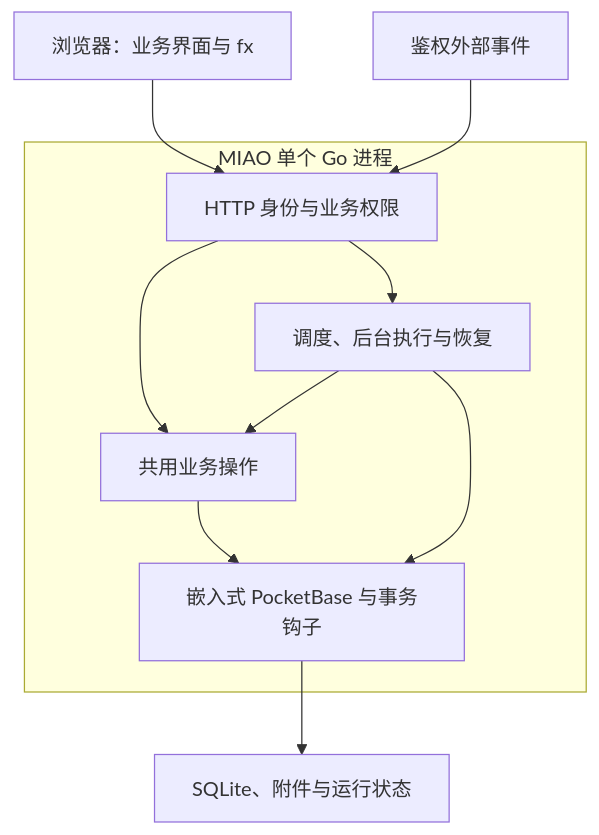
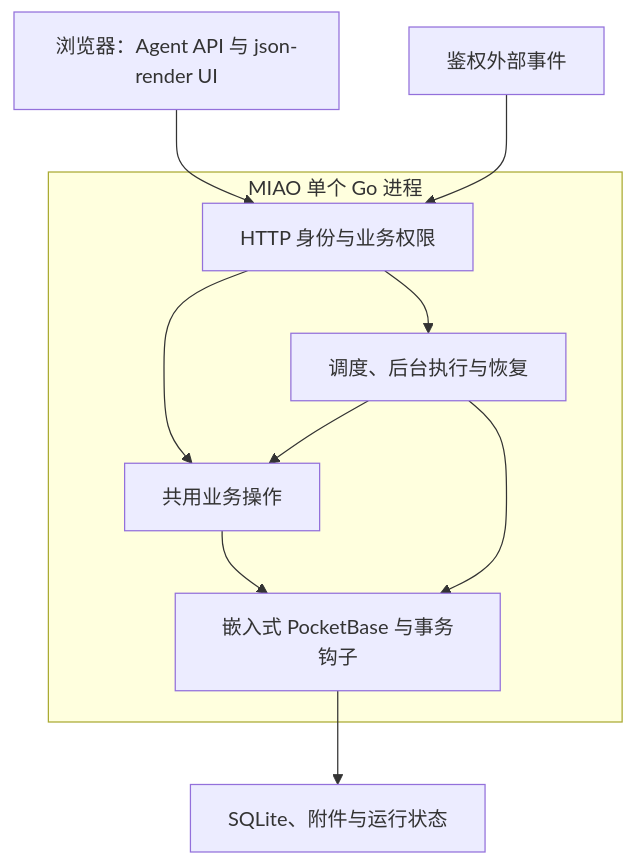
One commit to tans/miao changed the first of 2 diagrams in docs/OPERATIONS.md. Above: the diagram before and after it, drawn with Mermaid. The commit also changed other lines of this file and 14 other files, not shown here.

````diff
--- a/docs/OPERATIONS.md
+++ b/docs/OPERATIONS.md
@@ -517,19 +516,19 @@
 ```mermaid
 flowchart TD
-    WEB["浏览器：业务界面与 fx"]
+    WEB["浏览器：Agent API 与 json-render UI"]
     EXTERNAL["鉴权外部事件"]
     subgraph GO["MIAO 单个 Go 进程"]
         API["HTTP 身份与业务权限"]
         WORKER["调度、后台执行与恢复"]
         BUSINESS["共用业务操作"]
         PB["嵌入式 PocketBase 与事务钩子"]
         API --> BUSINESS
         API --> WORKER
         WORKER --> BUSINESS
         BUSINESS --> PB
         WORKER --> PB
     end
     WEB --> API
     EXTERNAL --> API
     PB --> DB["SQLite、附件与运行状态"]
 ```
````
